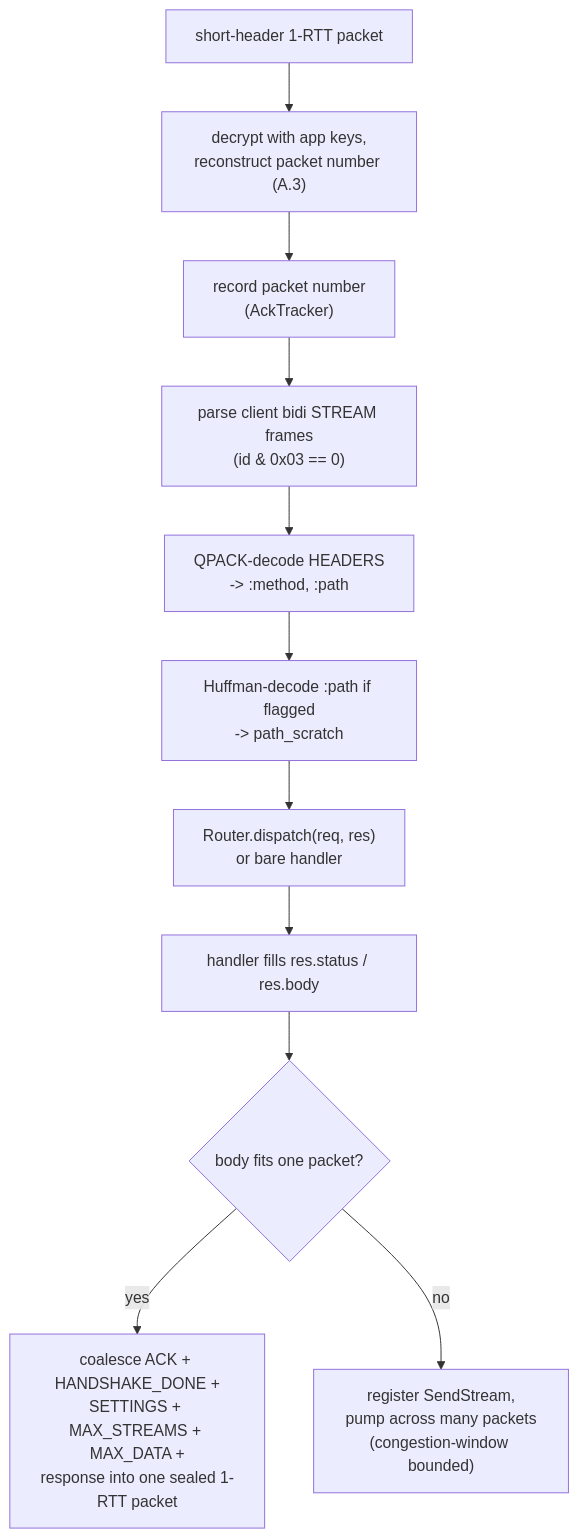
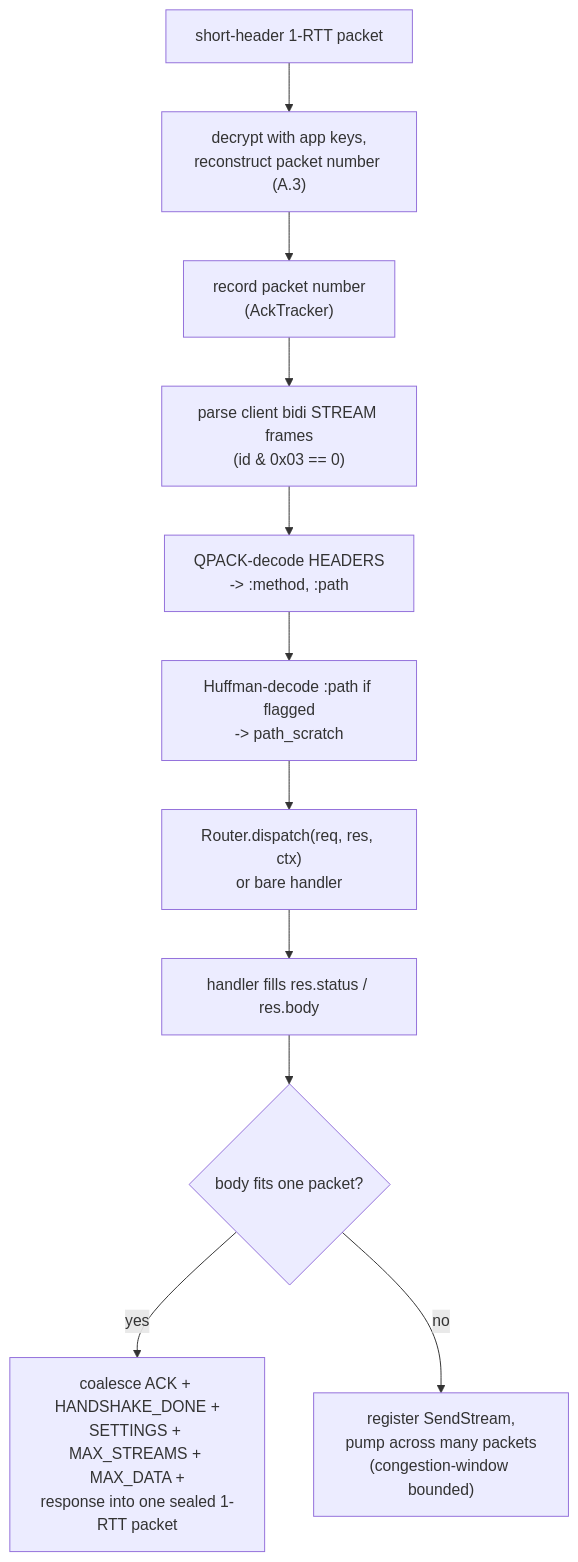
The second of 4 diagrams in docs/hld-http3-en.md (prothegee/zix), drawn with Mermaid before and after one commit. The commit also changed other lines of this file and 1 other file, not shown here.

First line of the commit message:
refresh the http3 handler surface docs

````diff
--- a/docs/hld-http3-en.md
+++ b/docs/hld-http3-en.md
@@ -37,13 +37,13 @@
 ```mermaid
 flowchart TD
     A["short-header 1-RTT packet"] --> B["decrypt with app keys,\nreconstruct packet number (A.3)"]
     B --> C["record packet number\n(AckTracker)"]
     C --> D["parse client bidi STREAM frames\n(id & 0x03 == 0)"]
     D --> E["QPACK-decode HEADERS\n-> :method, :path"]
     E --> F["Huffman-decode :path if flagged\n-> path_scratch"]
-    F --> G["Router.dispatch(req, res)\nor bare handler"]
+    F --> G["Router.dispatch(req, res, ctx)\nor bare handler"]
     G --> H["handler fills res.status / res.body"]
     H --> I{"body fits one packet?"}
     I -->|yes| J["coalesce ACK + HANDSHAKE_DONE +\nSETTINGS + MAX_STREAMS + MAX_DATA +\nresponse into one sealed 1-RTT packet"]
     I -->|no| K["register SendStream,\npump across many packets\n(congestion-window bounded)"]
 ```
````
